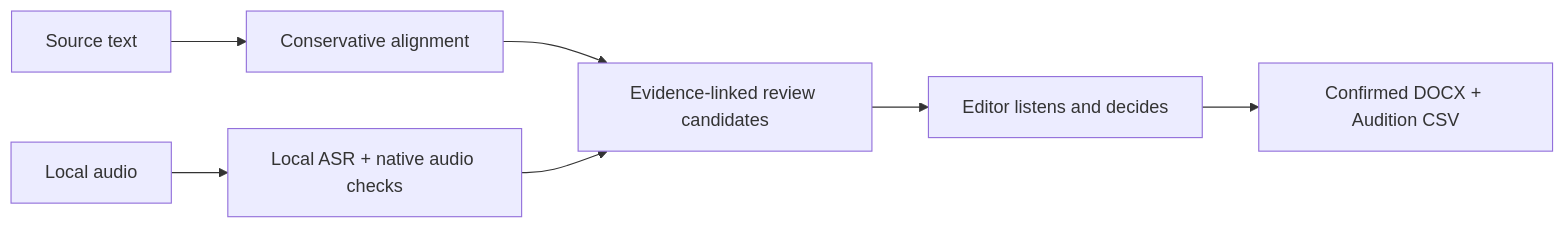
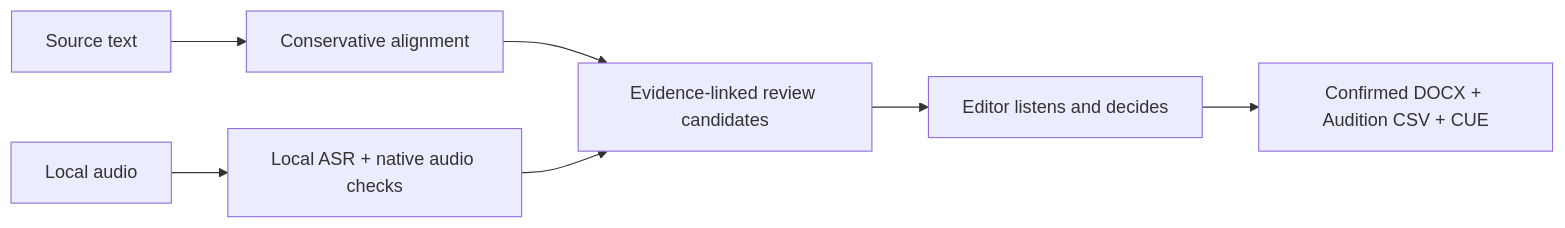
One commit to pavelnasuta/readback-sentinel changed the diagram in README.md. Above: the diagram before and after it, drawn with Mermaid. The commit also changed other lines of this file and 6 other files, not shown here.

````diff
--- a/README.md
+++ b/README.md
@@ -49,9 +49,9 @@
 ```mermaid
 flowchart LR
     A[Source text] --> C[Conservative alignment]
     B[Local audio] --> D[Local ASR + native audio checks]
     C --> E[Evidence-linked review candidates]
     D --> E
     E --> F[Editor listens and decides]
-    F --> G[Confirmed DOCX + Audition CSV]
+    F --> G[Confirmed DOCX + Audition CSV + CUE]
 ```
````
